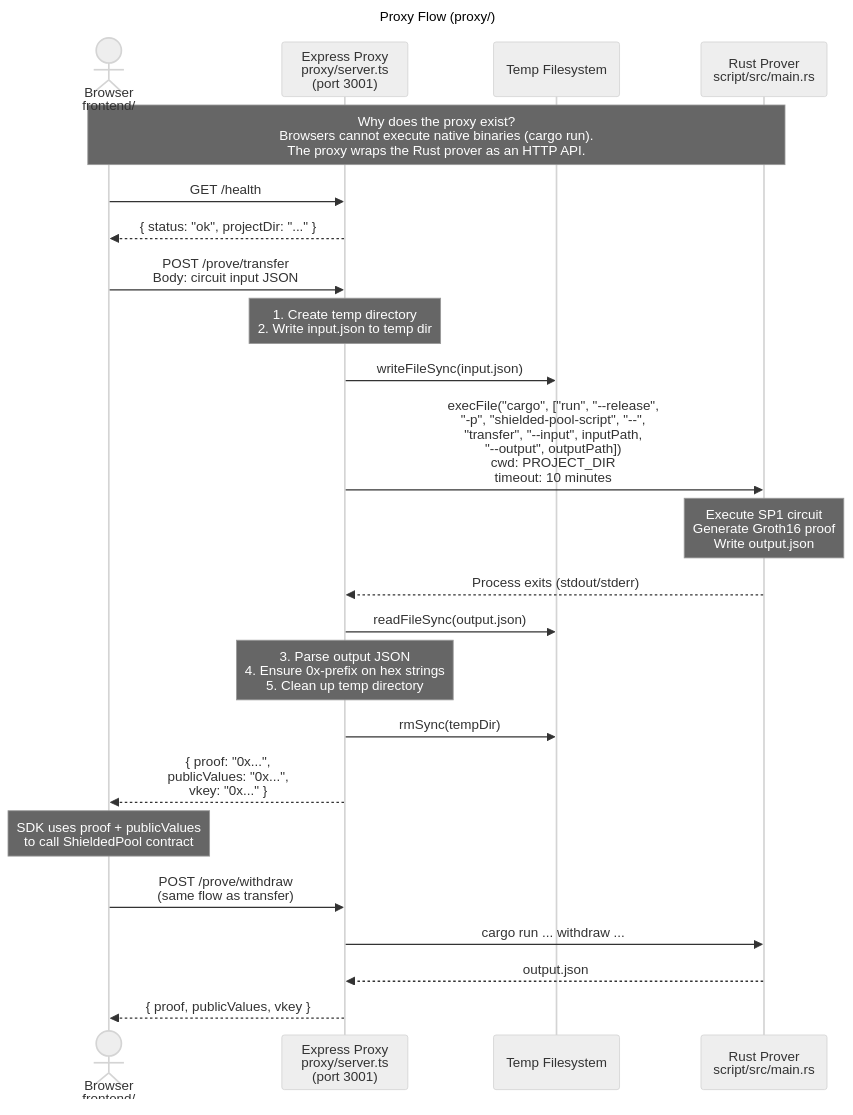
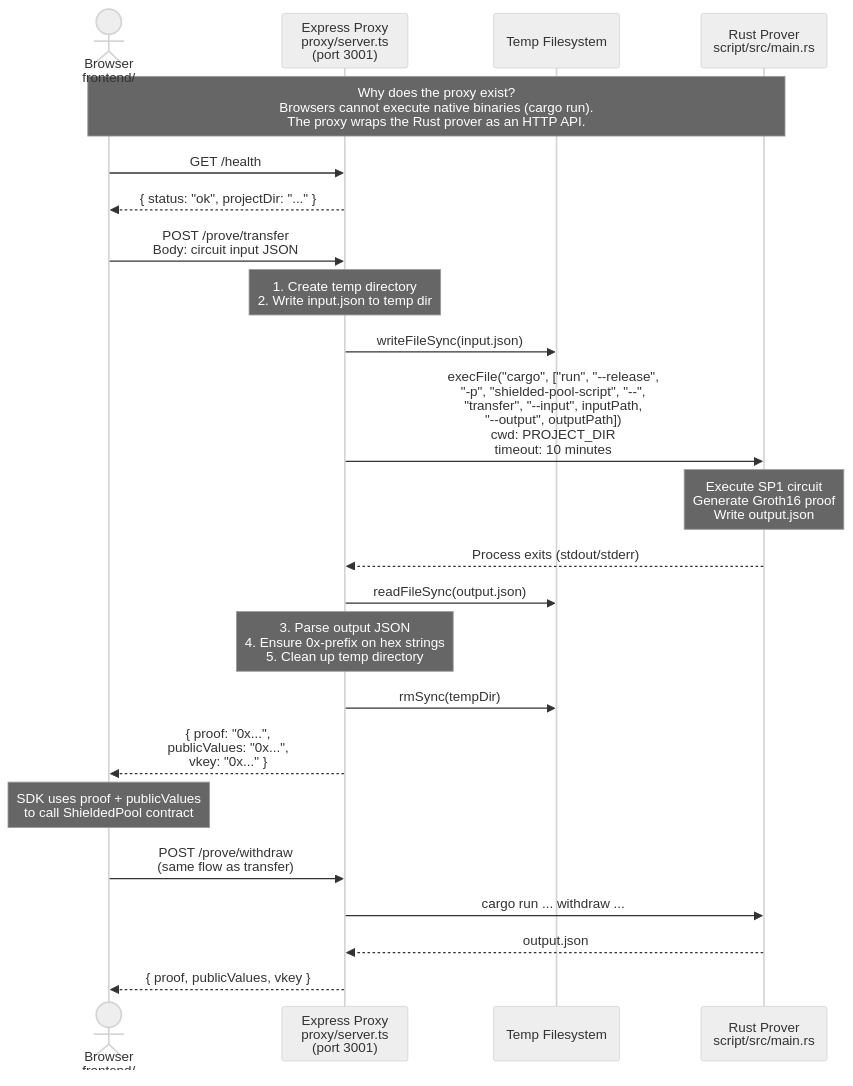
One commit to Kirol54/privatePlasma changed the diagram in docs/diagrams/proxy-flow.mmd. Above: the diagram before and after it, drawn with Mermaid (neutral theme). The commit also changed 10 other files, not shown here.

Commit message:
Fix Mermaid rendering: remove YAML front matter from all .mmd files

```diff
--- a/docs/diagrams/proxy-flow.mmd
+++ b/docs/diagrams/proxy-flow.mmd
@@ -1,56 +1,54 @@
----
-title: "Proxy Flow (proxy/)"
----
+%% Proxy Flow (proxy/)
 %%
 %% The proxy server bridges the browser frontend to the Rust SP1 prover.
 %% Browsers cannot spawn subprocesses, so the proxy runs `cargo run` on
 %% behalf of the frontend and returns the proof JSON.
 %%
 %% References:
 %%   proxy/server.ts          — Express server implementation
 %%   script/src/main.rs       — Rust prover binary invoked by proxy
 %%
 %% Required environment variables:
 %%   SP1_PROVER            — "network" (real proofs) or "mock" (testing)
 %%   NETWORK_PRIVATE_KEY   — Succinct Network API key (when SP1_PROVER=network)
 %%   PORT                  — Server port (default: 3001)
 %%   PROJECT_DIR           — Path to repo root (default: parent of proxy/)
 %%
 
 sequenceDiagram
     actor Browser as Browser<br/>frontend/
     participant Proxy as Express Proxy<br/>proxy/server.ts<br/>(port 3001)
     participant FS as Temp Filesystem
     participant Cargo as Rust Prover<br/>script/src/main.rs
 
     Note over Browser,Cargo: Why does the proxy exist?<br/>Browsers cannot execute native binaries (cargo run).<br/>The proxy wraps the Rust prover as an HTTP API.
 
     Browser->>Proxy: GET /health
     Proxy-->>Browser: { status: "ok", projectDir: "..." }
 
     Browser->>Proxy: POST /prove/transfer<br/>Body: circuit input JSON
 
     Note over Proxy: 1. Create temp directory<br/>2. Write input.json to temp dir
 
     Proxy->>FS: writeFileSync(input.json)
 
     Proxy->>Cargo: execFile("cargo", ["run", "--release",<br/>"-p", "shielded-pool-script", "--",<br/>"transfer", "--input", inputPath,<br/>"--output", outputPath])<br/>cwd: PROJECT_DIR<br/>timeout: 10 minutes
 
     Note over Cargo: Execute SP1 circuit<br/>Generate Groth16 proof<br/>Write output.json
 
     Cargo-->>Proxy: Process exits (stdout/stderr)
 
     Proxy->>FS: readFileSync(output.json)
 
     Note over Proxy: 3. Parse output JSON<br/>4. Ensure 0x-prefix on hex strings<br/>5. Clean up temp directory
 
     Proxy->>FS: rmSync(tempDir)
 
     Proxy-->>Browser: { proof: "0x...",<br/>publicValues: "0x...",<br/>vkey: "0x..." }
 
     Note over Browser: SDK uses proof + publicValues<br/>to call ShieldedPool contract
 
     Browser->>Proxy: POST /prove/withdraw<br/>(same flow as transfer)
     Proxy->>Cargo: cargo run ... withdraw ...
     Cargo-->>Proxy: output.json
     Proxy-->>Browser: { proof, publicValues, vkey }
```
